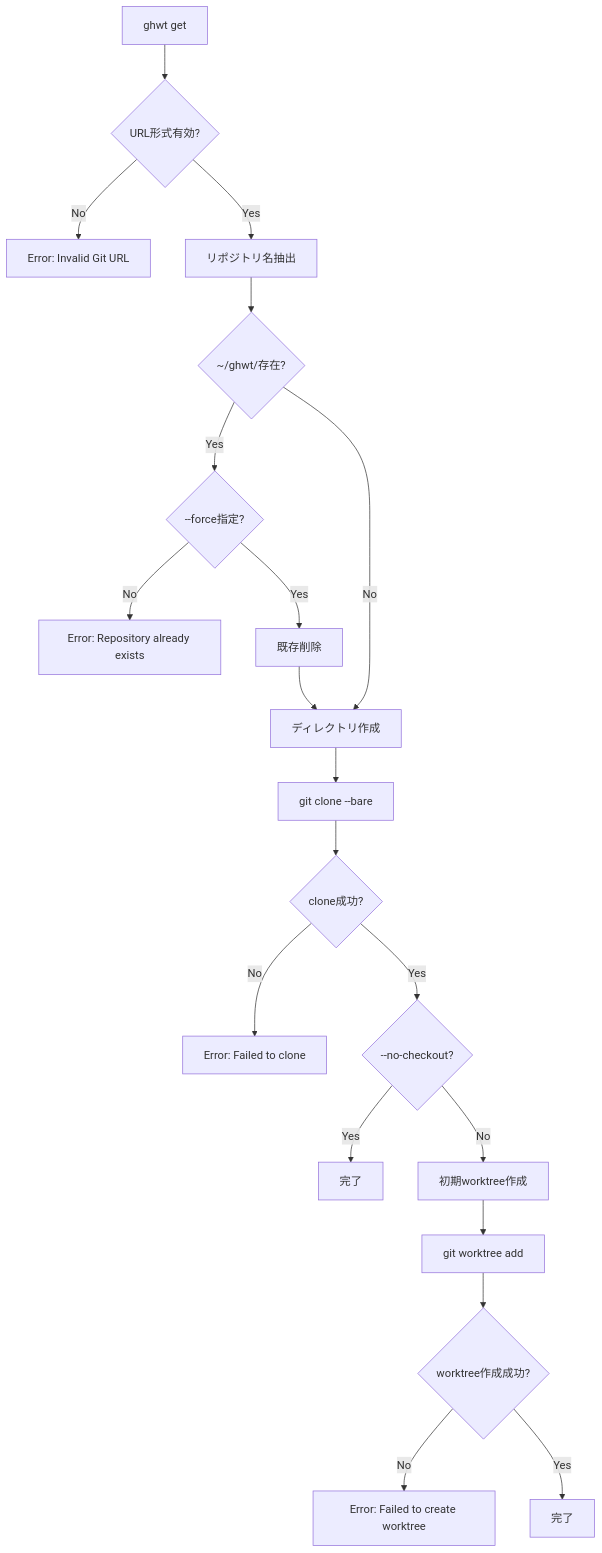
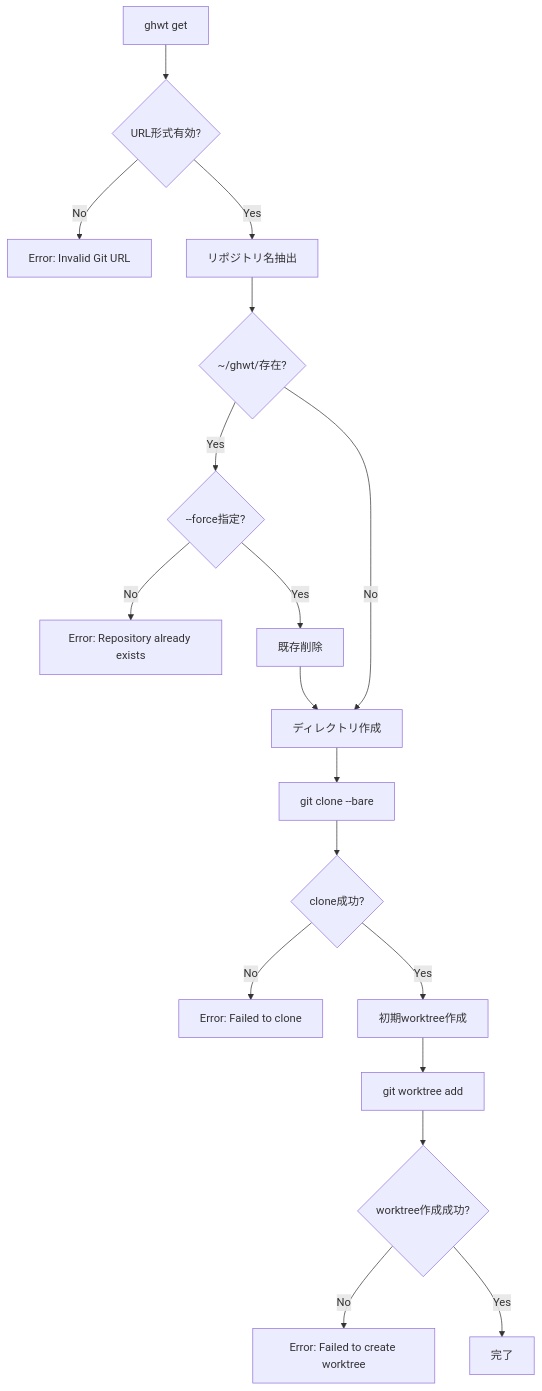
Before and after one commit to shun/ghwt: the first of 2 diagrams in docs/003-specifications/cli-interface.md, drawn with Mermaid. The commit also changed other lines of this file and 3 other files, not shown here.

````diff
--- a/docs/003-specifications/cli-interface.md
+++ b/docs/003-specifications/cli-interface.md
@@ -81,22 +67,20 @@
 ```mermaid
 flowchart TD
     A["ghwt get <url>"] --> B{"URL形式有効?"}
     B -->|No| C["Error: Invalid Git URL"]
     B -->|Yes| D["リポジトリ名抽出"]
     D --> E{"~/ghwt/<repo>存在?"}
     E -->|Yes| F{"--force指定?"}
     E -->|No| I["ディレクトリ作成"]
     F -->|No| G["Error: Repository already exists"]
     F -->|Yes| H["既存削除"]
     H --> I
     I --> J["git clone --bare"]
     J --> K{"clone成功?"}
     K -->|No| L["Error: Failed to clone"]
-    K -->|Yes| M{"--no-checkout?"}
-    M -->|Yes| N["完了"]
-    M -->|No| O["初期worktree作成"]
-    O --> P["git worktree add"]
-    P --> Q{"worktree作成成功?"}
-    Q -->|No| R["Error: Failed to create worktree"]
-    Q -->|Yes| S["完了"]
+    K -->|Yes| M["初期worktree作成"]
+    M --> N["git worktree add"]
+    N --> O{"worktree作成成功?"}
+    O -->|No| P["Error: Failed to create worktree"]
+    O -->|Yes| Q["完了"]
 ```
````
